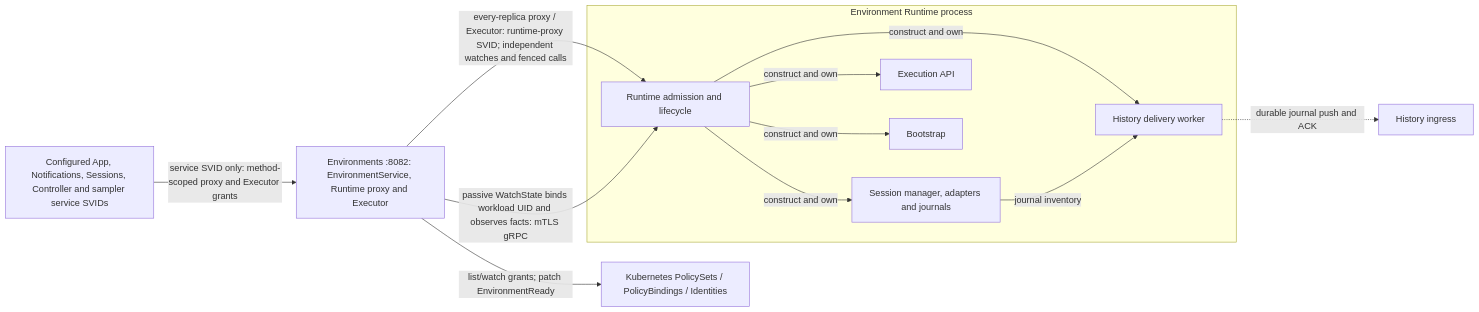
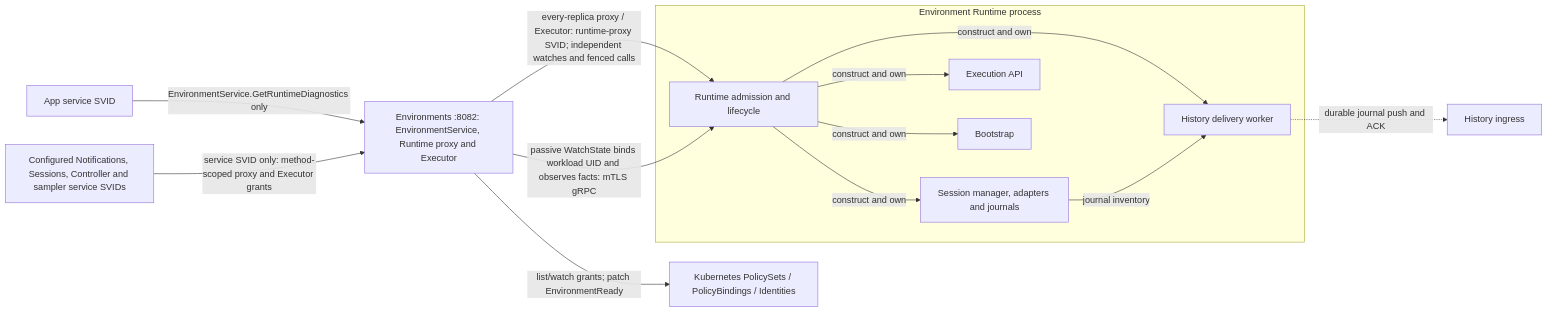
The seventh of 18 diagrams in agentplane/docs/system_overview.md (agentydragon/ducktape), drawn with Mermaid before and after one commit. The commit also changed other lines of this file and 14 other files, not shown here.

Commit message:
Remove App raw Runtime-proxy reader grant after diagnostics cutover

````diff
--- a/agentplane/docs/system_overview.md
+++ b/agentplane/docs/system_overview.md
@@ -492,20 +492,21 @@
 ```mermaid
 flowchart LR
-    services[Configured App, Notifications, Sessions, Controller and sampler service SVIDs]
+    app[App service SVID] -->|EnvironmentService.GetRuntimeDiagnostics only| sandboxctl
+    services[Configured Notifications, Sessions, Controller and sampler service SVIDs]
     services -->|service SVID only: method-scoped proxy and Executor grants| sandboxctl
     subgraph environment_runtime[Environment Runtime process]
       runtime[Runtime admission and lifecycle]
       sessions[Session manager, adapters and journals]
       execution[Execution API]
       bootstrap[Bootstrap]
       delivery[History delivery worker]
       runtime -->|construct and own| sessions & execution & bootstrap & delivery
       sessions -->|journal inventory| delivery
     end
     history[History ingress]
     sandboxctl -->|every-replica proxy / Executor: runtime-proxy SVID; independent watches and fenced calls| runtime
     policy_api[Kubernetes PolicySets / PolicyBindings / Identities]
     sandboxctl -->|list/watch grants; patch EnvironmentReady| policy_api
     sandboxctl[Environments :8082: EnvironmentService, Runtime proxy and Executor] -->|passive WatchState binds workload UID and observes facts: mTLS gRPC| runtime
     delivery -.->|durable journal push and ACK| history
 ```
````
